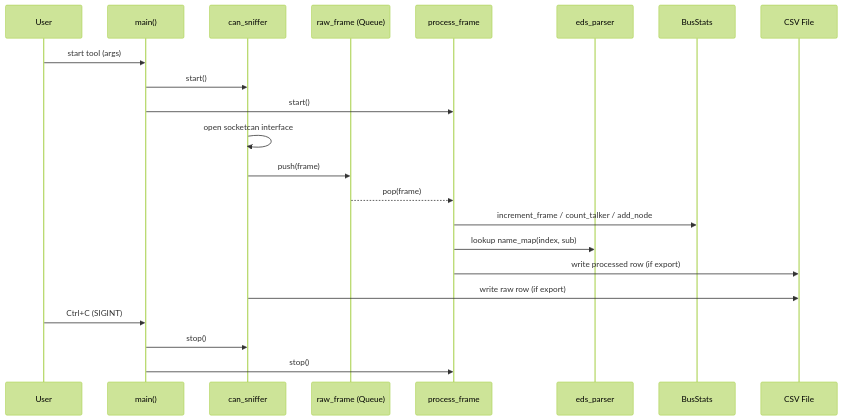
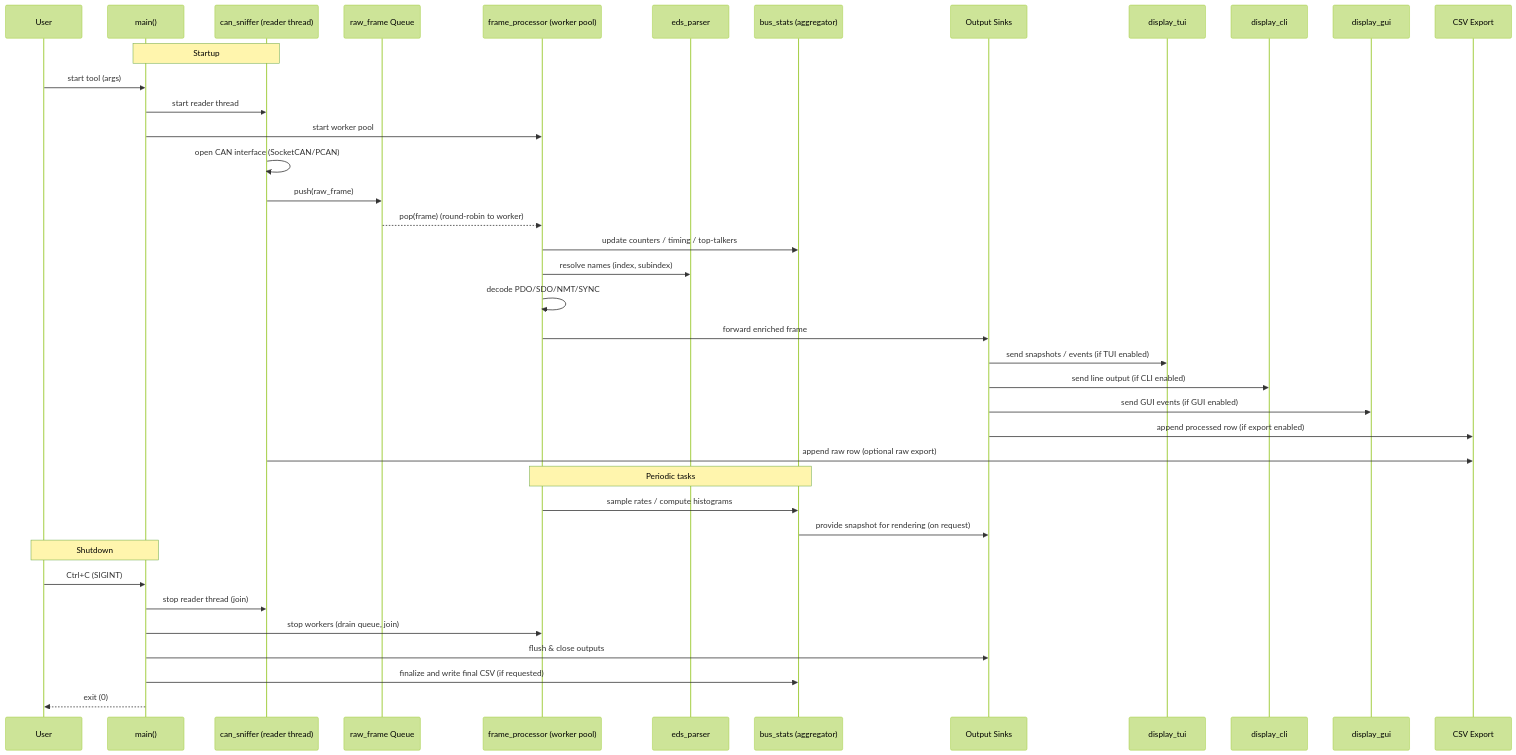
Before and after one commit to iota2/CANopen-tools-suite: the diagram in canopen_sniffer/dox/diagrams/sequence.mmd, drawn with Mermaid (forest theme). The commit also changed 484 other files, not shown here.

```diff
--- a/canopen_sniffer/dox/diagrams/sequence.mmd
+++ b/canopen_sniffer/dox/diagrams/sequence.mmd
@@ -1,23 +1,42 @@
 sequenceDiagram
     participant User
     participant Main as main()
-    participant Sniffer as can_sniffer
-    participant Queue as raw_frame (Queue)
-    participant Processor as process_frame
+    participant Sniffer as can_sniffer (reader thread)
+    participant RawQ as raw_frame Queue
+    participant Processor as frame_processor (worker pool)
     participant EDS as eds_parser
-    participant Stats as BusStats
-    participant CSV as CSV File
+    participant Stats as bus_stats (aggregator)
+    participant Sinks as Output Sinks
+    participant TUI as display_tui
+    participant CLI as display_cli
+    participant GUI as display_gui
+    participant CSV as CSV Export
 
+    Note over Main,Sniffer: Startup
     User->>Main: start tool (args)
-    Main->>Sniffer: start()
-    Main->>Processor: start()
-    Sniffer->>Sniffer: open socketcan interface
-    Sniffer->>Queue: push(frame)
-    Queue-->>Processor: pop(frame)
-    Processor->>Stats: increment_frame / count_talker / add_node
-    Processor->>EDS: lookup name_map(index, sub)
-    Processor->>CSV: write processed row (if export)
-    Sniffer->>CSV: write raw row (if export)
+    Main->>Sniffer: start reader thread
+    Main->>Processor: start worker pool
+    Sniffer->>Sniffer: open CAN interface (SocketCAN/PCAN)
+    Sniffer->>RawQ: push(raw_frame)
+    RawQ-->>Processor: pop(frame) (round-robin to worker)
+    Processor->>Stats: update counters / timing / top-talkers
+    Processor->>EDS: resolve names (index, subindex)
+    Processor->>Processor: decode PDO/SDO/NMT/SYNC
+    Processor->>Sinks: forward enriched frame
+    Sinks->>TUI: send snapshots / events (if TUI enabled)
+    Sinks->>CLI: send line output (if CLI enabled)
+    Sinks->>GUI: send GUI events (if GUI enabled)
+    Sinks->>CSV: append processed row (if export enabled)
+    Sniffer->>CSV: append raw row (optional raw export)
+
+    Note over Processor,Stats: Periodic tasks
+    Processor->>Stats: sample rates / compute histograms
+    Stats->>Sinks: provide snapshot for rendering (on request)
+
+    Note over User,Main: Shutdown
     User->>Main: Ctrl+C (SIGINT)
-    Main->>Sniffer: stop()
-    Main->>Processor: stop()
+    Main->>Sniffer: stop reader thread (join)
+    Main->>Processor: stop workers (drain queue, join)
+    Main->>Sinks: flush & close outputs
+    Main->>Stats: finalize and write final CSV (if requested)
+    Main-->>User: exit (0)
```
